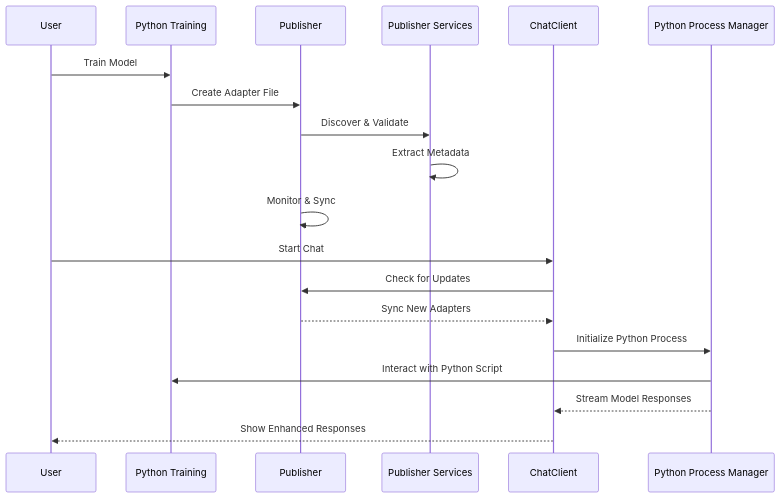
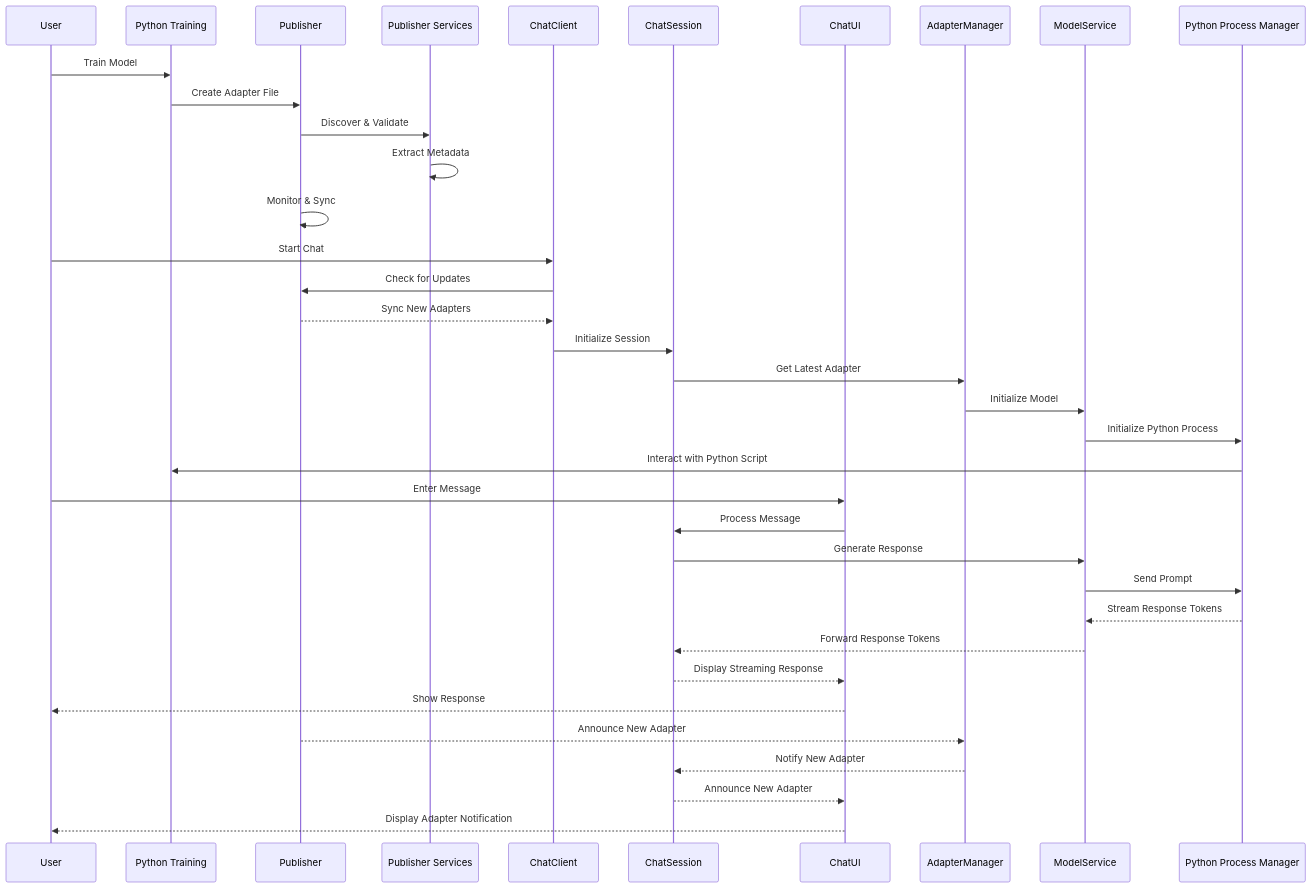
One commit to gsinghjay/LLMAdapterClient changed the second of 2 diagrams in README.md. Above: the diagram before and after it, drawn with Mermaid. The commit also changed other lines of this file, not shown here.

````diff
--- a/README.md
+++ b/README.md
@@ -255,23 +343,42 @@
 ```mermaid
 sequenceDiagram
     participant User
     participant Training as Python Training
     participant Publisher
     participant Services as Publisher Services
     participant ChatClient
+    participant ChatSession
+    participant ChatUI
+    participant AdapterManager
+    participant ModelService
     participant PythonMgr as Python Process Manager
     
     User->>Training: Train Model
     Training->>Publisher: Create Adapter File
     Publisher->>Services: Discover & Validate
     Services->>Services: Extract Metadata
     Publisher->>Publisher: Monitor & Sync
     
     User->>ChatClient: Start Chat
     ChatClient->>Publisher: Check for Updates
     Publisher-->>ChatClient: Sync New Adapters
-    ChatClient->>PythonMgr: Initialize Python Process
+    ChatClient->>ChatSession: Initialize Session
+    ChatSession->>AdapterManager: Get Latest Adapter
+    AdapterManager->>ModelService: Initialize Model
+    ModelService->>PythonMgr: Initialize Python Process
     PythonMgr->>Training: Interact with Python Script
-    PythonMgr-->>ChatClient: Stream Model Responses
-    ChatClient-->>User: Show Enhanced Responses
+    
+    User->>ChatUI: Enter Message
+    ChatUI->>ChatSession: Process Message
+    ChatSession->>ModelService: Generate Response
+    ModelService->>PythonMgr: Send Prompt
+    PythonMgr-->>ModelService: Stream Response Tokens
+    ModelService-->>ChatSession: Forward Response Tokens
+    ChatSession-->>ChatUI: Display Streaming Response
+    ChatUI-->>User: Show Response
+    
+    Publisher-->>AdapterManager: Announce New Adapter
+    AdapterManager-->>ChatSession: Notify New Adapter
+    ChatSession-->>ChatUI: Announce New Adapter
+    ChatUI-->>User: Display Adapter Notification
 ```
````
